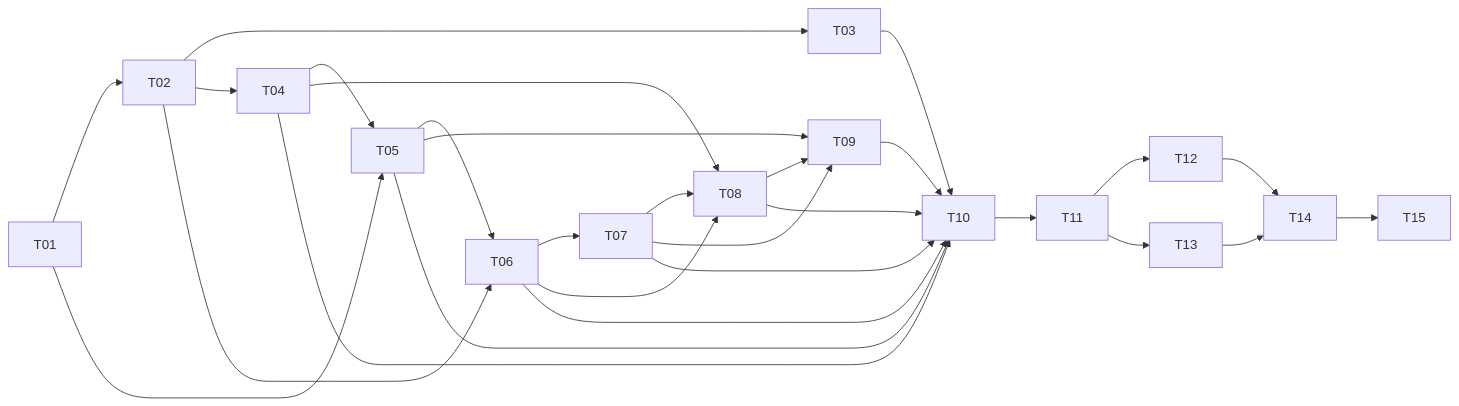
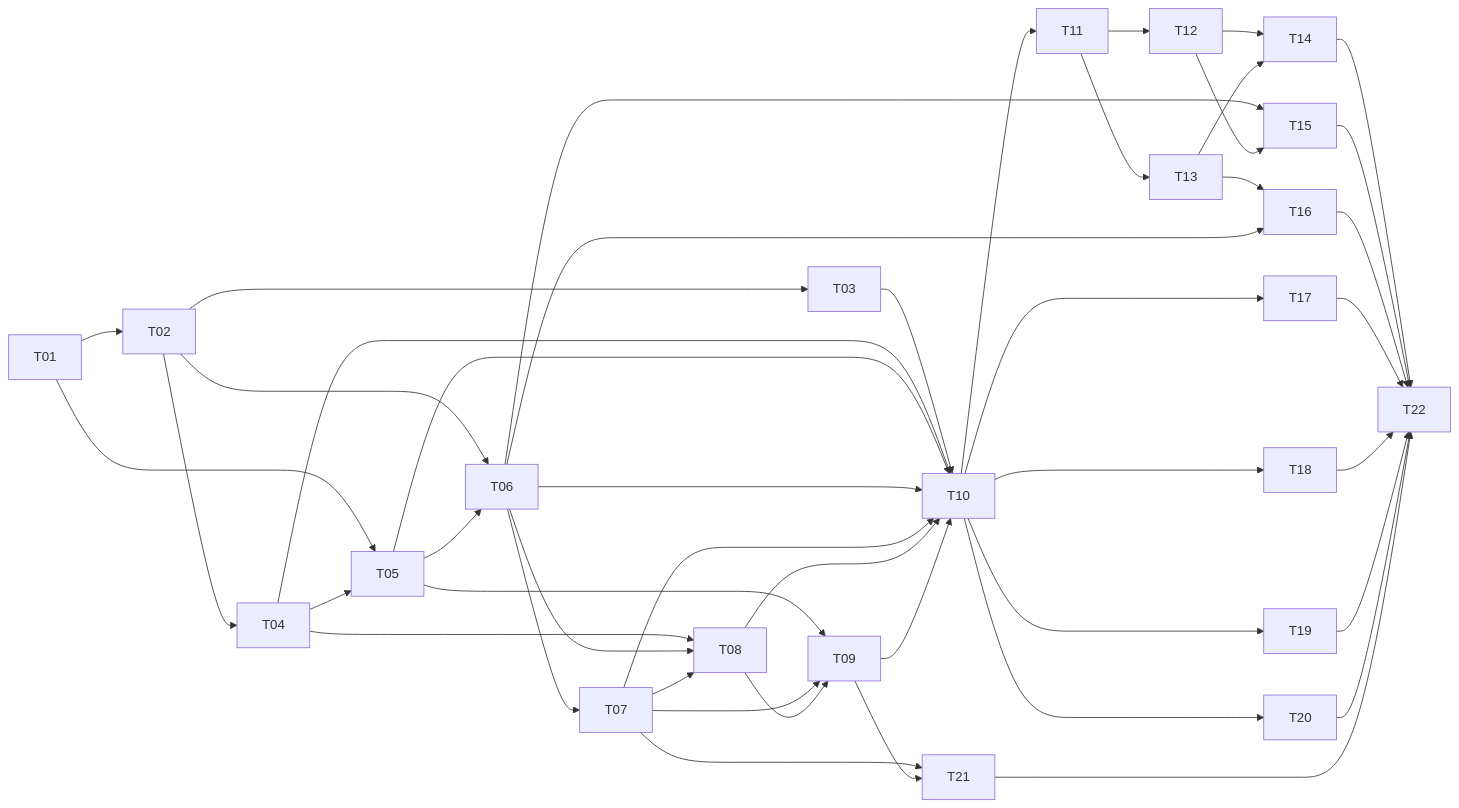
Before and after one commit to santiarrto/dice-game: the diagram in PLANNING.md, drawn with Mermaid. The commit also changed other lines of this file and 5 other files, not shown here.

````diff
--- a/PLANNING.md
+++ b/PLANNING.md
@@ -150,30 +186,47 @@
 ```mermaid
 flowchart LR
   T01 --> T02
   T01 --> T05
   T02 --> T03
   T02 --> T04
   T02 --> T06
   T04 --> T05
   T05 --> T06
   T06 --> T07
   T04 --> T08
   T06 --> T08
   T07 --> T08
   T05 --> T09
   T07 --> T09
   T08 --> T09
   T03 --> T10
   T04 --> T10
   T05 --> T10
   T06 --> T10
   T07 --> T10
   T08 --> T10
   T09 --> T10
   T10 --> T11
   T11 --> T12
   T11 --> T13
   T12 --> T14
   T13 --> T14
-  T14 --> T15
+  T06 --> T15
+  T12 --> T15
+  T13 --> T16
+  T06 --> T16
+  T10 --> T17
+  T10 --> T18
+  T10 --> T19
+  T10 --> T20
+  T07 --> T21
+  T09 --> T21
+  T14 --> T22
+  T15 --> T22
+  T16 --> T22
+  T17 --> T22
+  T18 --> T22
+  T19 --> T22
+  T20 --> T22
+  T21 --> T22
 ```
````
